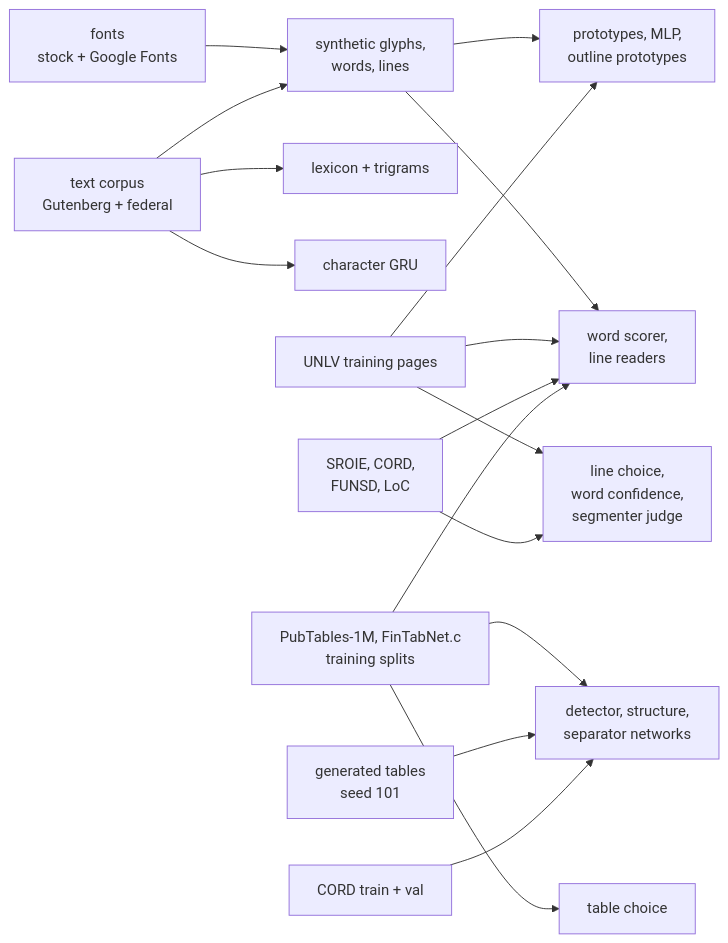
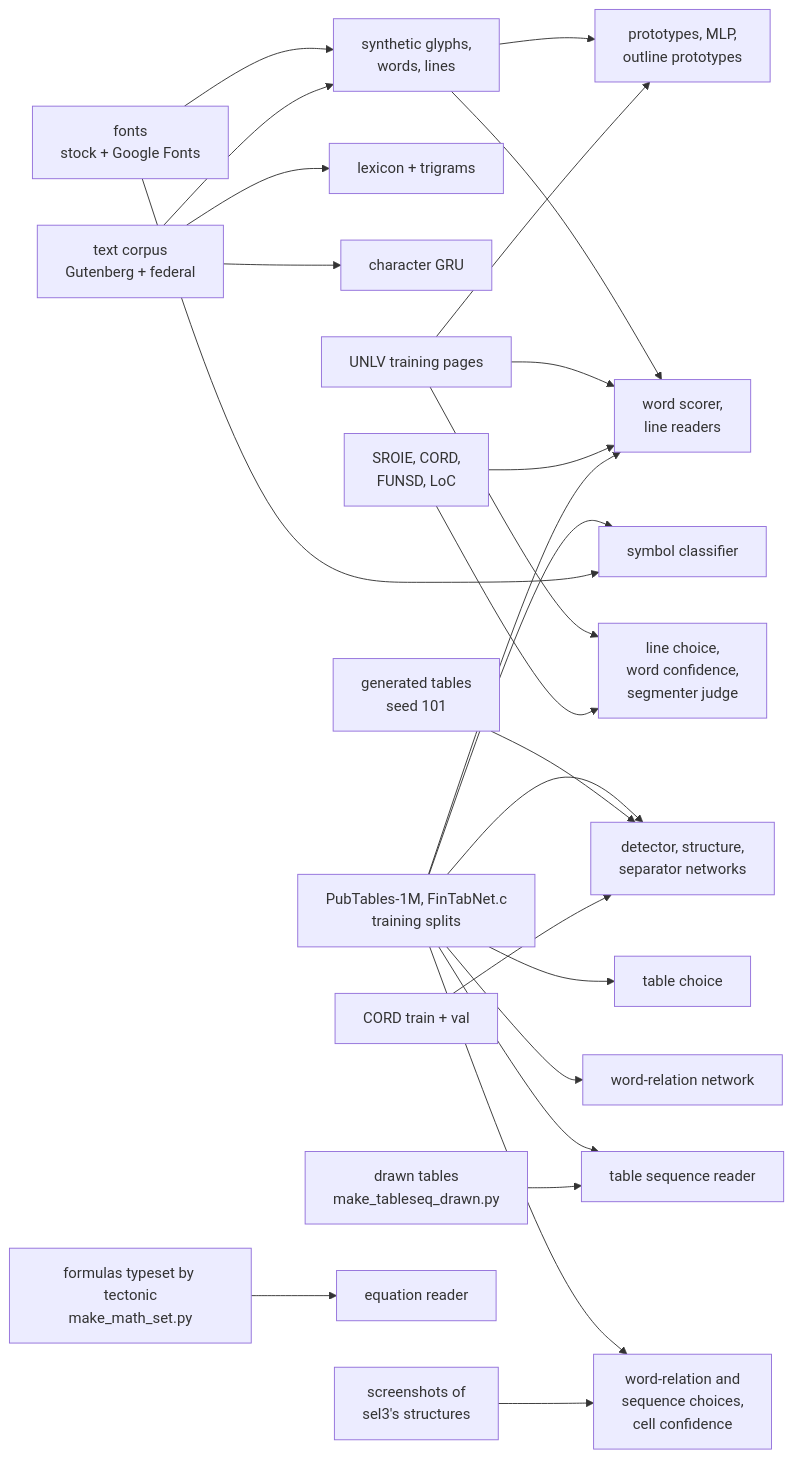
Before and after one commit to msharpe248/mlws-ocr: the diagram in docs/DATA_SOURCES.md, drawn with Mermaid. The commit also changed other lines of this file and 25 other files, not shown here.

````diff
--- a/docs/DATA_SOURCES.md
+++ b/docs/DATA_SOURCES.md
@@ -262,19 +262,27 @@
 ```mermaid
 flowchart LR
     fonts[fonts<br/>stock + Google Fonts] --> synth[synthetic glyphs,<br/>words, lines]
     corpus[text corpus<br/>Gutenberg + federal] --> synth
     corpus --> lang[lexicon + trigrams]
     corpus --> gru[character GRU]
     synth --> protos[prototypes, MLP,<br/>outline prototypes]
     synth --> readers[word scorer,<br/>line readers]
     unlv[UNLV training pages] --> protos
     unlv --> readers
     unlv --> judges[line choice,<br/>word confidence,<br/>segmenter judge]
     receipts[SROIE, CORD,<br/>FUNSD, LoC] --> readers
     receipts --> judges
     tablesrc[PubTables-1M, FinTabNet.c<br/>training splits] --> tablenets[detector, structure,<br/>separator networks]
     tablesrc --> readers
     tablesrc --> select[table choice]
+    tablesrc --> wordrel[word-relation network]
+    tablesrc --> tseq[table sequence reader]
+    tablesrc --> symbols[symbol classifier]
+    tablesrc --> choices[word-relation and<br/>sequence choices,<br/>cell confidence]
+    drawn[drawn tables<br/>make_tableseq_drawn.py] --> tseq
+    screens[screenshots of<br/>sel3's structures] --> choices
+    fonts --> symbols
     gen[generated tables<br/>seed 101] --> tablenets
     cordt[CORD train + val] --> tablenets
+    tex[formulas typeset by tectonic<br/>make_math_set.py] --> mathr[equation reader]
 ```
````
